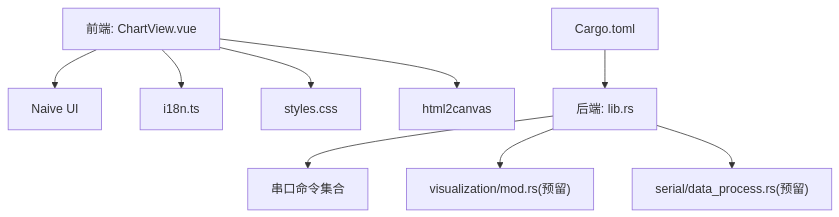
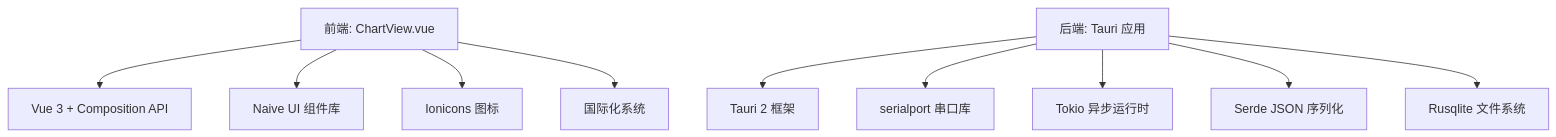
One commit to elabdlut/KonSerial changed the fourth of 4 diagrams in .qoder/repowiki/zh/content/架构设计/后端架构设计/可视化模块.md. Above: the diagram before and after it, drawn with Mermaid. The commit also changed other lines of this file and 20 other files, not shown here.

````diff
--- a/.qoder/repowiki/zh/content/架构设计/后端架构设计/可视化模块.md
+++ b/.qoder/repowiki/zh/content/架构设计/后端架构设计/可视化模块.md
@@ -297,11 +292,12 @@
 ```mermaid
 graph TB
-Front["前端: ChartView.vue"] --> UI["Naive UI"]
-Front --> I18N["i18n.ts"]
-Front --> Styles["styles.css"]
-Front --> Canvas["html2canvas"]
-Back["后端: lib.rs"] --> SerialCmds["串口命令集合"]
-Back --> VisMod["visualization/mod.rs(预留)"]
-Back --> ProcMod["serial/data_process.rs(预留)"]
-Cargo["Cargo.toml"] --> Back
+Front["前端: ChartView.vue"] --> Vue["Vue 3 + Composition API"]
+Front --> UI["Naive UI 组件库"]
+Front --> Icons["Ionicons 图标"]
+Front --> I18N["国际化系统"]
+Back["后端: Tauri 应用"] --> Tauri["Tauri 2 框架"]
+Back --> Serial["serialport 串口库"]
+Back --> Async["Tokio 异步运行时"]
+Back --> Serde["Serde JSON 序列化"]
+Back --> FS["Rusqlite 文件系统"]
 ```
````
